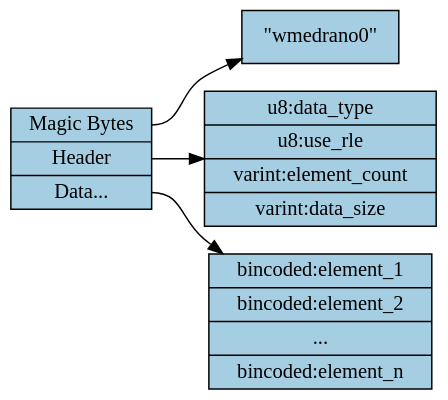
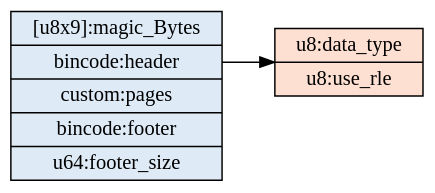
The fifth of 9 diagrams in wills-columnar-format.org (wmedrano/wills-columnar-format), drawn with Graphviz before and after one commit. The commit also changed other lines of this file and 11 other files, not shown here.

```diff
--- a/wills-columnar-format.org
+++ b/wills-columnar-format.org
@@ -535,15 +689,10 @@
-#+begin_src dot :file format-diagram.png :exports results :cache yes
-  digraph FormatOverview {
+#+begin_src dot :file format-diagram-header.png :cache yes
+  digraph Header {
       bgcolor="transparent";
-      node[colorscheme=paired10, fillcolor=1, color=black, style=filled, shape=record, fontname="fira code"];
-      rankdir=LR;
-      overview[label="<magicbytes> Magic Bytes|<header>Header|<data>Data..."];
-      overview:magicbytes -> magicbytes;
+      node[colorscheme=blues3, fillcolor=1, color=black, style=filled, shape=record, fontname="fira code"];
+      rankdir="LR";
+      overview[label="[u8x9]:magic_Bytes|<header>bincode:header|custom:pages|bincode:footer|u64:footer_size"];
+      header[label="u8:data_type|u8:use_rle", colorscheme=reds3];
       overview:header -> header;
-      overview:data -> data;
-
-      magicbytes[label="\"wmedrano0\""];
-      header[label="u8:data_type | u8:use_rle | varint:element_count | varint:data_size"];
-      data[label="bincoded:element_1|bincoded:element_2|...|bincoded:element_n"];
   }
 #+end_src
```
